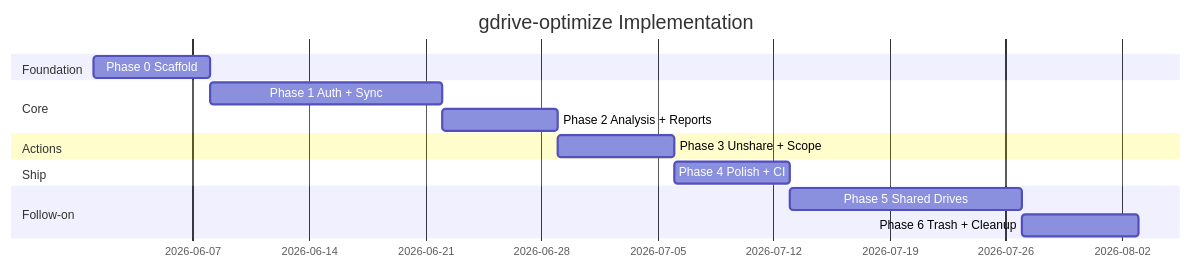
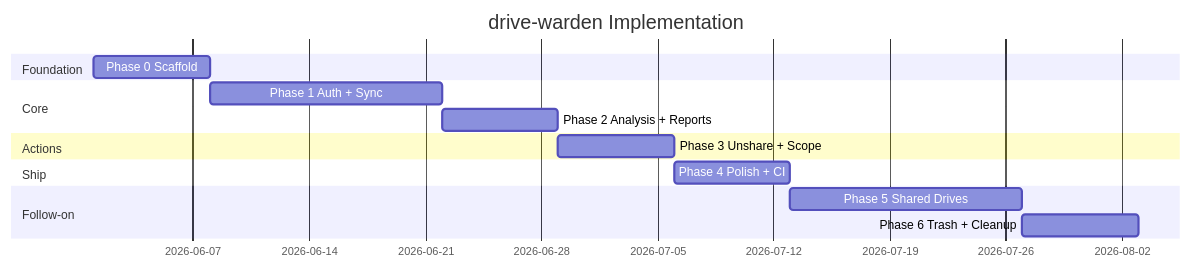
One commit to chris-piekarski/drive-warden changed the diagram in docs/plans/01-roadmap-phases.md. Above: the diagram before and after it, drawn with Mermaid. The commit also changed other lines of this file and 36 other files, not shown here.

First line of the commit message:
Rename project to drive-warden

````diff
--- a/docs/plans/01-roadmap-phases.md
+++ b/docs/plans/01-roadmap-phases.md
@@ -21,17 +21,17 @@
 ```mermaid
 gantt
-    title gdrive-optimize Implementation
+    title drive-warden Implementation
     dateFormat  YYYY-MM-DD
     section Foundation
     Phase 0 Scaffold           :p0, 2026-06-01, 7d
     section Core
     Phase 1 Auth + Sync        :p1, after p0, 14d
     Phase 2 Analysis + Reports :p2, after p1, 7d
     section Actions
     Phase 3 Unshare + Scope    :p3, after p2, 7d
     section Ship
     Phase 4 Polish + CI        :p4, after p3, 7d
     section Follow-on
     Phase 5 Shared Drives      :p5, after p4, 14d
     Phase 6 Trash + Cleanup    :p6, after p5, 7d
 ```
````
